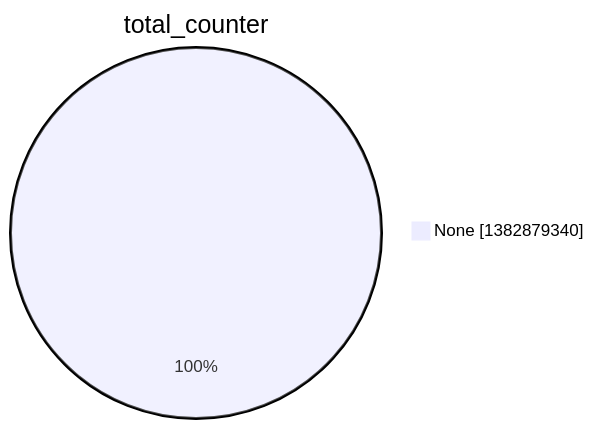
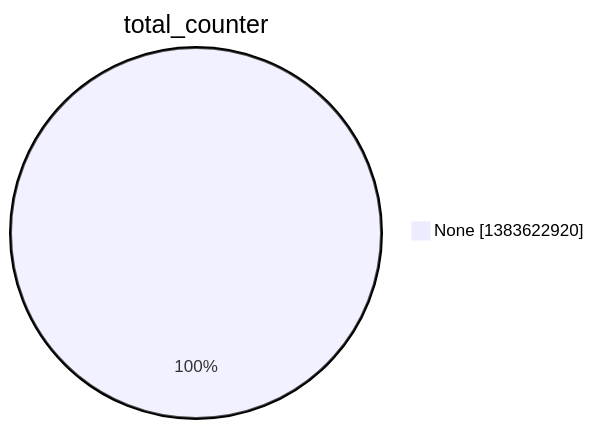
The second of 15 diagrams in argon2022/README.md (christiankrug/ctmonitor_visualization), drawn with Mermaid before and after one commit. The commit also changed other lines of this file, not shown here.

````diff
--- a/argon2022/README.md
+++ b/argon2022/README.md
@@ -9,5 +9,5 @@
 ```mermaid
 pie showData
 title total_counter
-"None" :1382879340
+"None" :1383622920
 ```
````
